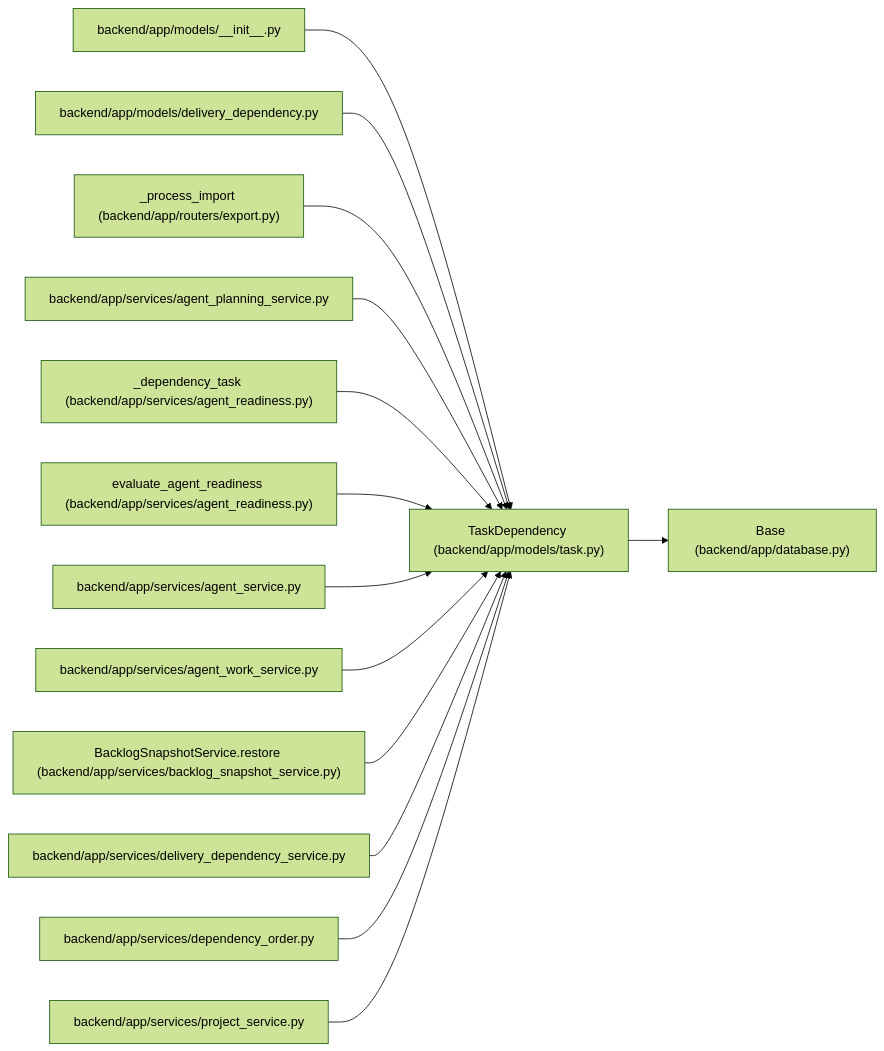
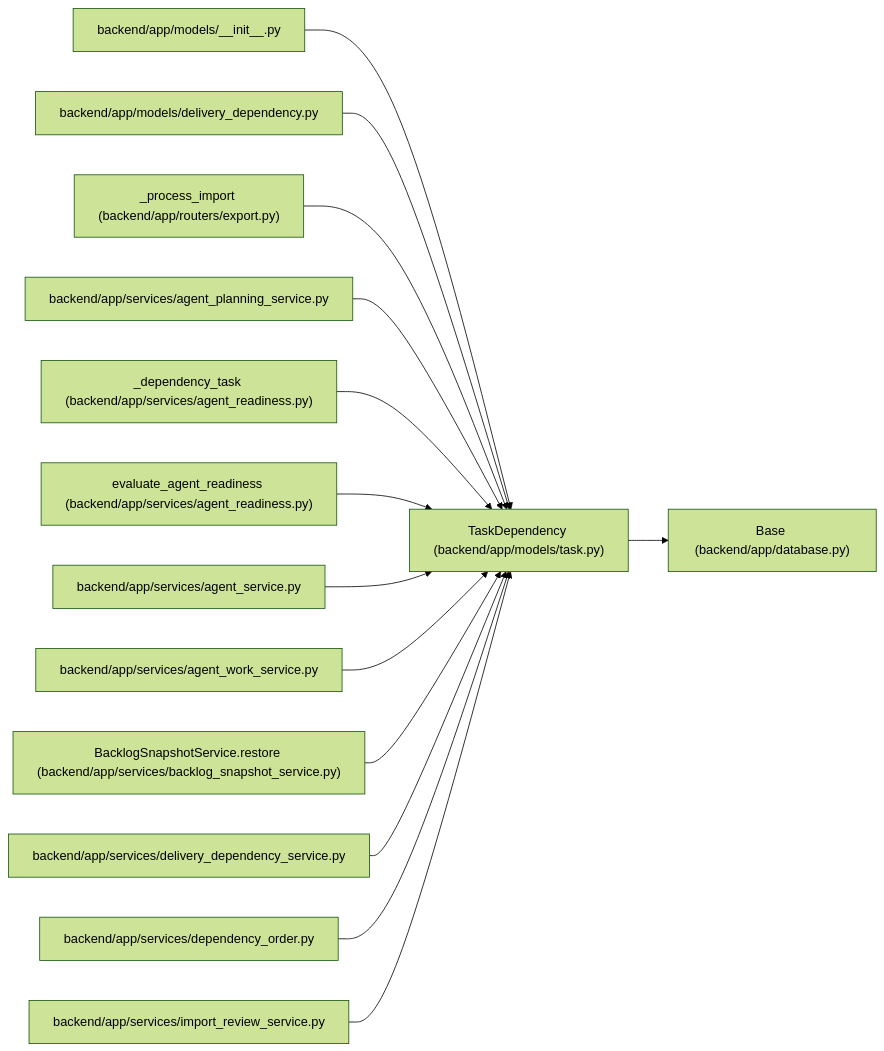
The diagram in docs/llm_wiki/entities/TaskDependency.md (Denissvgn/WorkChord), drawn with Mermaid (forest theme) before and after one commit. The commit also changed other lines of this file and 791 other files, not shown here.

Commit message:
Sync the architectural wiki for the plan-import dry run

````diff
--- a/docs/llm_wiki/entities/TaskDependency.md
+++ b/docs/llm_wiki/entities/TaskDependency.md
@@ -29,44 +29,44 @@
 ```mermaid
 flowchart LR
     n0["TaskDependency (backend/app/models/task.py)"]
     n1["Base (backend/app/database.py)"]
     n2["backend/app/models/__init__.py"]
     n3["backend/app/models/delivery_dependency.py"]
     n4["_process_import (backend/app/routers/export.py)"]
     n5["backend/app/services/agent_planning_service.py"]
     n6["_dependency_task (backend/app/services/agent_readiness.py)"]
     n7["evaluate_agent_readiness (backend/app/services/agent_readiness.py)"]
     n8["backend/app/services/agent_service.py"]
     n9["backend/app/services/agent_work_service.py"]
     n10["BacklogSnapshotService.restore (backend/app/services/backlog_snapshot_service.py)"]
     n11["backend/app/services/delivery_dependency_service.py"]
     n12["backend/app/services/dependency_order.py"]
-    n13["backend/app/services/project_service.py"]
+    n13["backend/app/services/import_review_service.py"]
     n0 --> n1
     n2 --> n0
     n3 --> n0
     n4 --> n0
     n5 --> n0
     n6 --> n0
     n7 --> n0
     n8 --> n0
     n9 --> n0
     n10 --> n0
     n11 --> n0
     n12 --> n0
     n13 --> n0
     click n0 "../modules/models_task.md"
     click n1 "../modules/app_database.md"
     click n2 "../modules/models___init__.md"
     click n3 "../modules/models_delivery_dependency.md"
     click n4 "../modules/export.md"
     click n5 "../modules/agent_planning_service.md"
     click n6 "../modules/agent_readiness.md"
     click n7 "../modules/agent_readiness.md"
     click n8 "../modules/agent_service.md"
     click n9 "../modules/agent_work_service.md"
     click n10 "../modules/backlog_snapshot_service.md"
     click n11 "../modules/delivery_dependency_service.md"
     click n12 "../modules/dependency_order.md"
-    click n13 "../modules/project_service.md"
+    click n13 "../modules/import_review_service.md"
 ```
````
